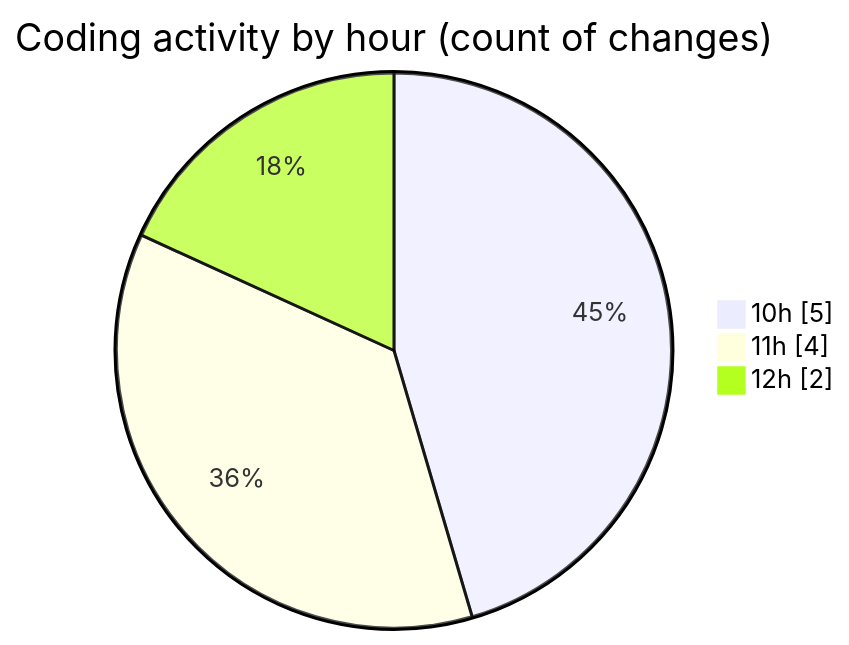
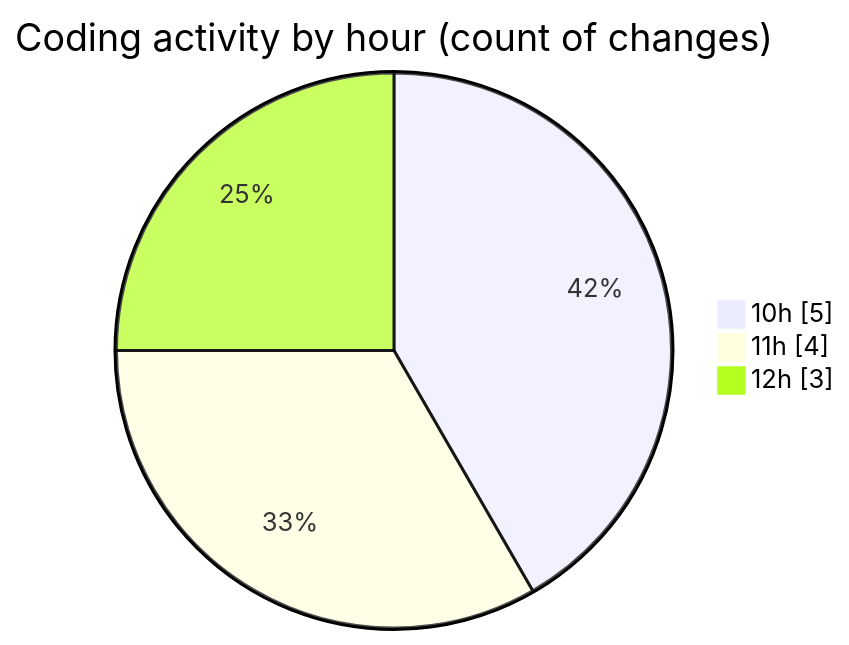
The second of 2 diagrams in 2026-03-27/cilapp/README.md (ricardozamudiocil/code-tracking), drawn with Mermaid before and after one commit. The commit also changed other lines of this file and 1 other file, not shown here.

````diff
--- a/2026-03-27/cilapp/README.md
+++ b/2026-03-27/cilapp/README.md
@@ -31,7 +32,7 @@
 ```mermaid
 pie showData
 title Coding activity by hour (count of changes)
 "10h" : 5
 "11h" : 4
-"12h" : 2
+"12h" : 3
 ```
````
